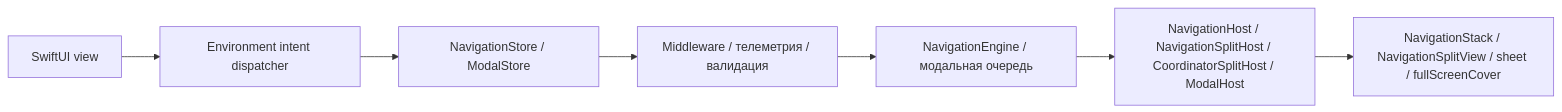
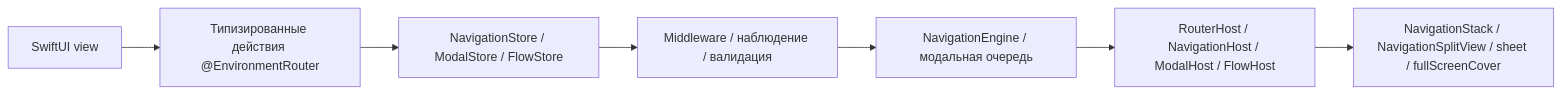
One commit to InnoSquadCorp/InnoRouter changed the first of 2 diagrams in README.ru.md. Above: the diagram before and after it, drawn with Mermaid. The commit also changed other lines of this file and 57 other files, not shown here.

````diff
--- a/README.ru.md
+++ b/README.ru.md
@@ -310,9 +310,9 @@
 ```mermaid
 flowchart LR
-    View["SwiftUI view"] --> Intent["Environment intent dispatcher"]
-    Intent --> Store["NavigationStore / ModalStore"]
-    Store --> Policy["Middleware / телеметрия / валидация"]
+    View["SwiftUI view"] --> Actions["Типизированные действия @EnvironmentRouter"]
+    Actions --> Store["NavigationStore / ModalStore / FlowStore"]
+    Store --> Policy["Middleware / наблюдение / валидация"]
     Policy --> Execution["NavigationEngine / модальная очередь"]
-    Execution --> Host["NavigationHost / NavigationSplitHost / CoordinatorSplitHost / ModalHost"]
+    Execution --> Host["RouterHost / NavigationHost / ModalHost / FlowHost"]
     Host --> System["NavigationStack / NavigationSplitView / sheet / fullScreenCover"]
 ```
````
